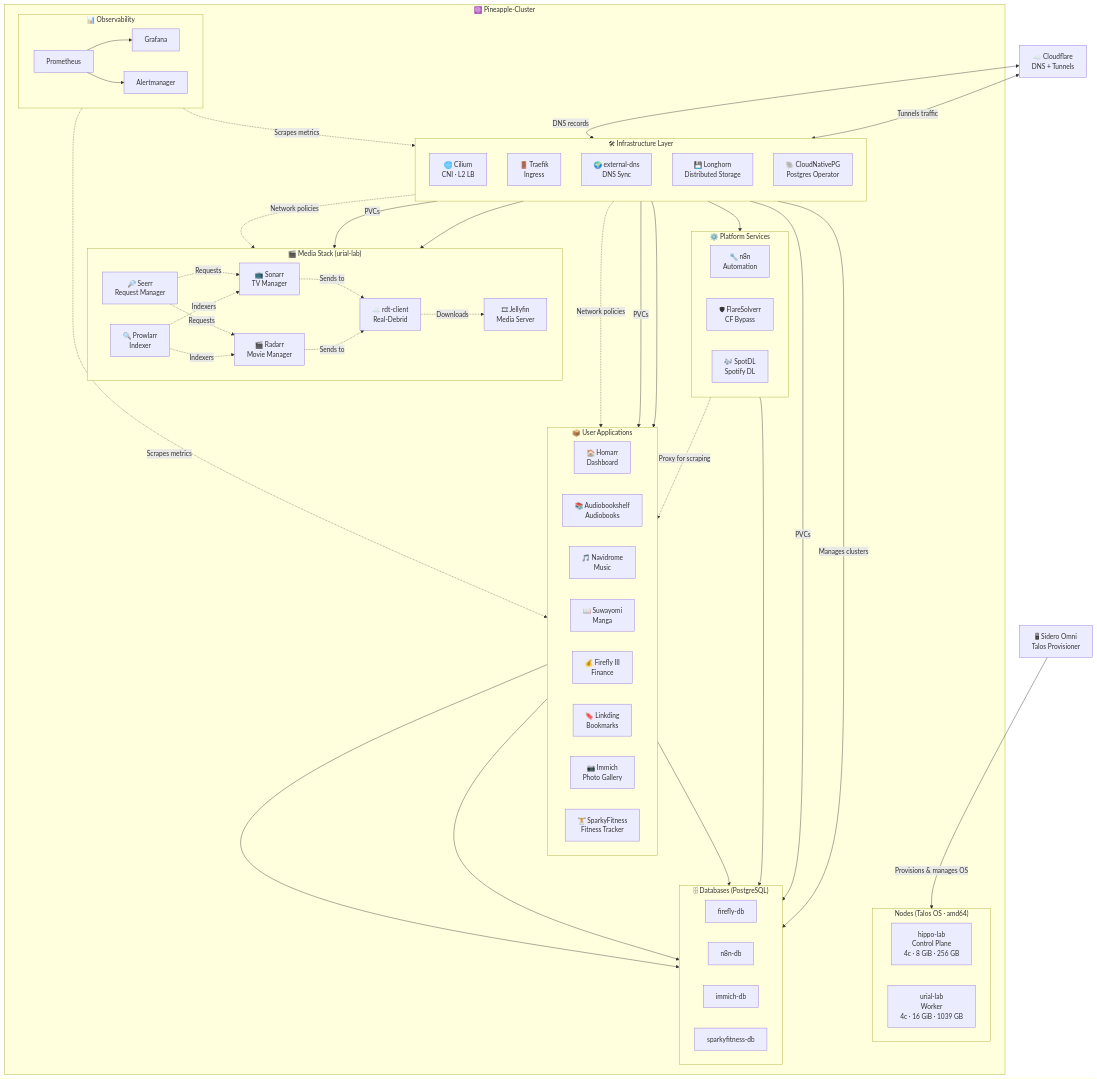
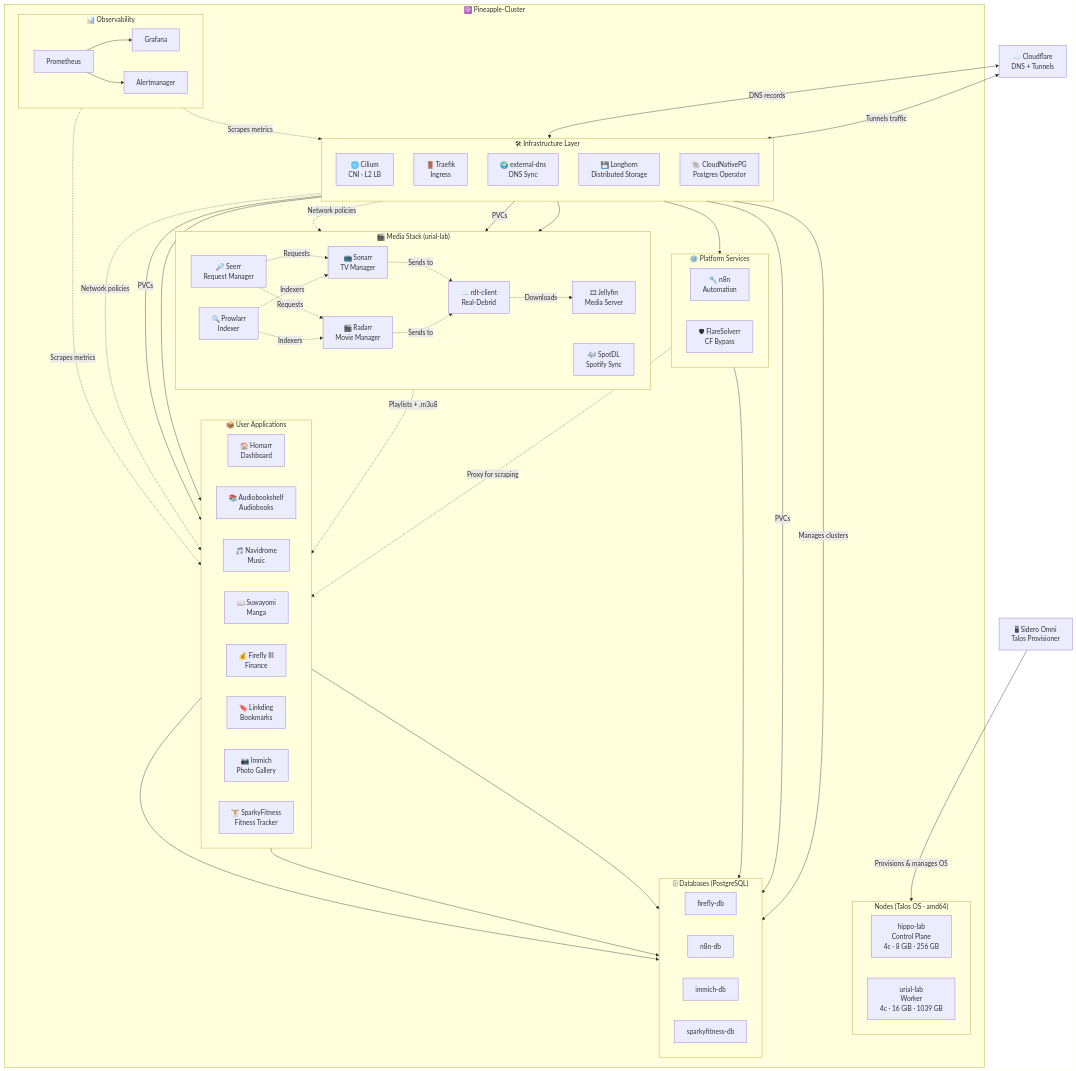
Before and after one commit to ahmadhaiqal/Pineapple-Cluster: the second of 2 diagrams in README.md, drawn with Mermaid. The commit also changed other lines of this file, not shown here.

Commit message:
docs(readme): move SpotDL into media stack diagram, add scripts section

```diff
--- a/README.md
+++ b/README.md
@@ -92,7 +92,6 @@
             direction LR
             N8N["🔧 n8n\nAutomation"]
             FLARE["🛡 FlareSolverr\nCF Bypass"]
-            SPOTDL["🎶 SpotDL\nSpotify DL"]
         end
 
         subgraph MEDIA["🎬 Media Stack (urial-lab)"]
@@ -103,6 +102,7 @@
             PROWLARR["🔍 Prowlarr\nIndexer"]
             RDT["☁️ rdt-client\nReal-Debrid"]
             SEERR["🔎 Seerr\nRequest Manager"]
+            SPOTDL["🎶 SpotDL\nSpotify Sync"]
         end
 
         subgraph APPS["📦 User Applications"]
@@ -156,6 +156,7 @@
     PROWLARR -. "Indexers" .-> SONARR
     PROWLARR -. "Indexers" .-> RADARR
     RDT -. "Downloads" .-> JELLY
+    SPOTDL -. "Playlists + .m3u8" .-> NAVI
 
     %% Inter-service
     FLARE -. "Proxy for scraping" .-> SUWA
```
